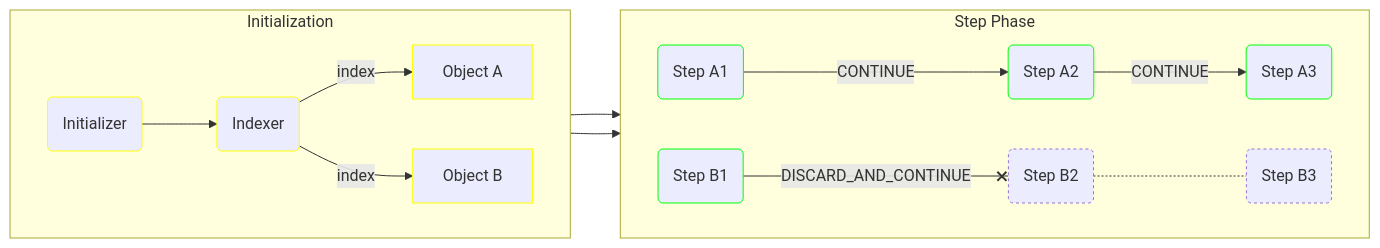
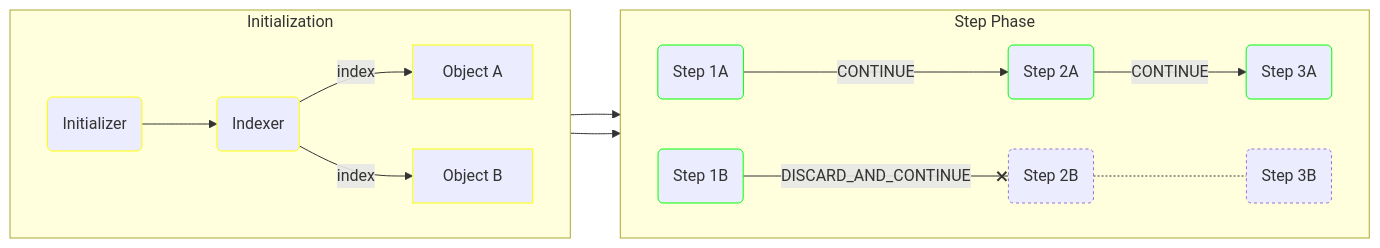
Before and after one commit to illuin-tech/data-pipeline: the third of 3 diagrams in doc/initializers.md, drawn with Mermaid. The commit also changed other lines of this file and 3 other files, not shown here.

````diff
--- a/doc/initializers.md
+++ b/doc/initializers.md
@@ -80,31 +80,31 @@
 ```mermaid
 flowchart LR
     subgraph INIT_PHASE[Initialization]
         direction LR
         
         INITIALIZER(Initializer):::init
         INDEXER(Indexer):::init
         OBJECT_A[Object A]:::init
         OBJECT_B[Object B]:::init
     end
     
     subgraph STEP_PHASE[Step Phase]
         direction LR
         
-        STEP_A1(Step A1):::step
-        STEP_A2(Step A2):::step
-        STEP_A3(Step A3):::step
+        STEP_A1(Step 1A):::step
+        STEP_A2(Step 2A):::step
+        STEP_A3(Step 3A):::step
         
-        STEP_B1(Step B1):::step
-        STEP_B2(Step B2):::disabled
-        STEP_B3(Step B3):::disabled
+        STEP_B1(Step 1B):::step
+        STEP_B2(Step 2B):::disabled
+        STEP_B3(Step 3B):::disabled
     end
     
     INITIALIZER --> INDEXER
     INDEXER -- index --> OBJECT_A --> STEP_A1 -- CONTINUE --> STEP_A2 -- CONTINUE --> STEP_A3
     INDEXER -- index --> OBJECT_B --> STEP_B1 -- DISCARD_AND_CONTINUE --x STEP_B2 -.- STEP_B3:::disabled
 
     classDef init stroke:yellow;
     classDef step stroke:#0f0;
     classDef disabled stroke-dasharray: 3 3;
 ```
````
